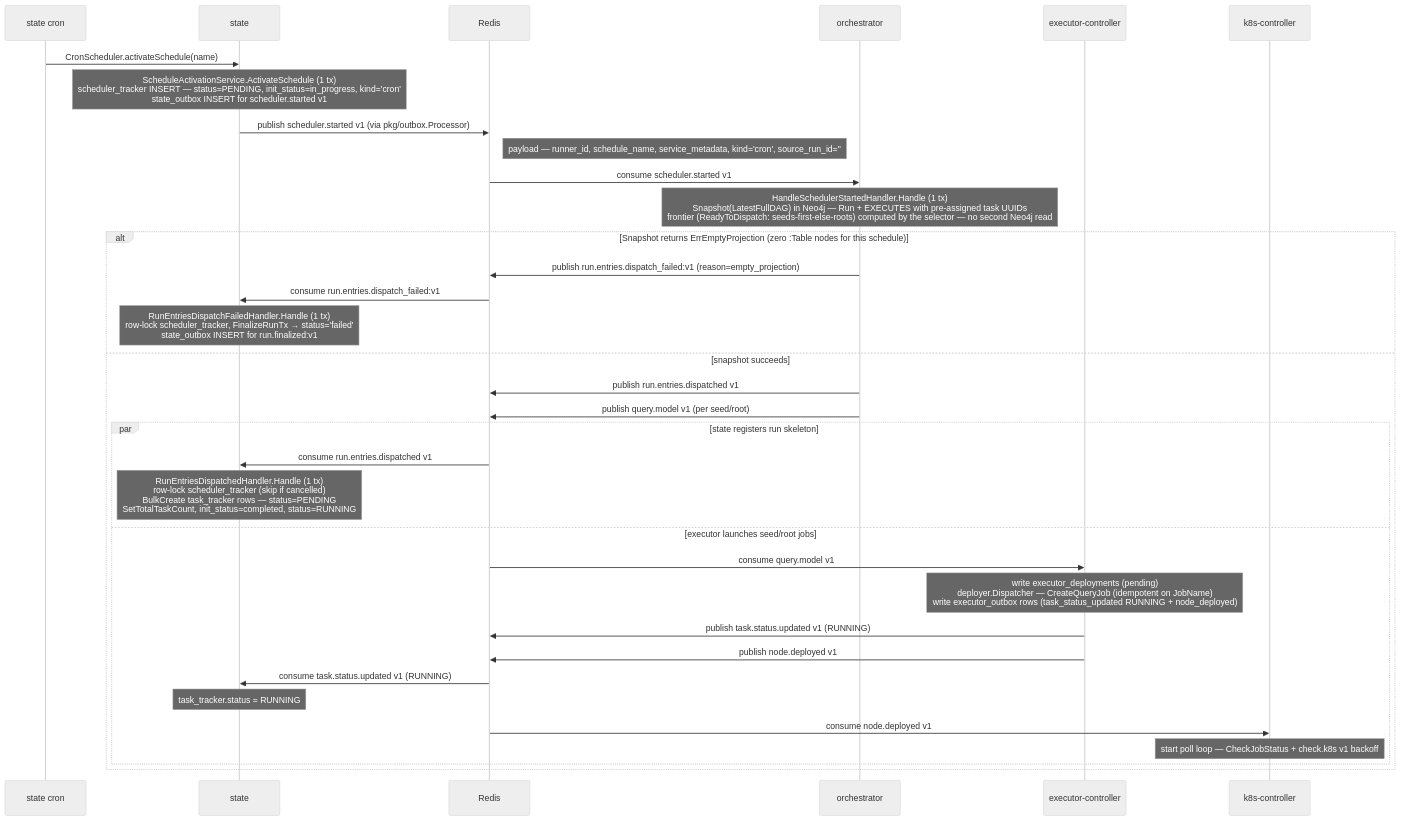
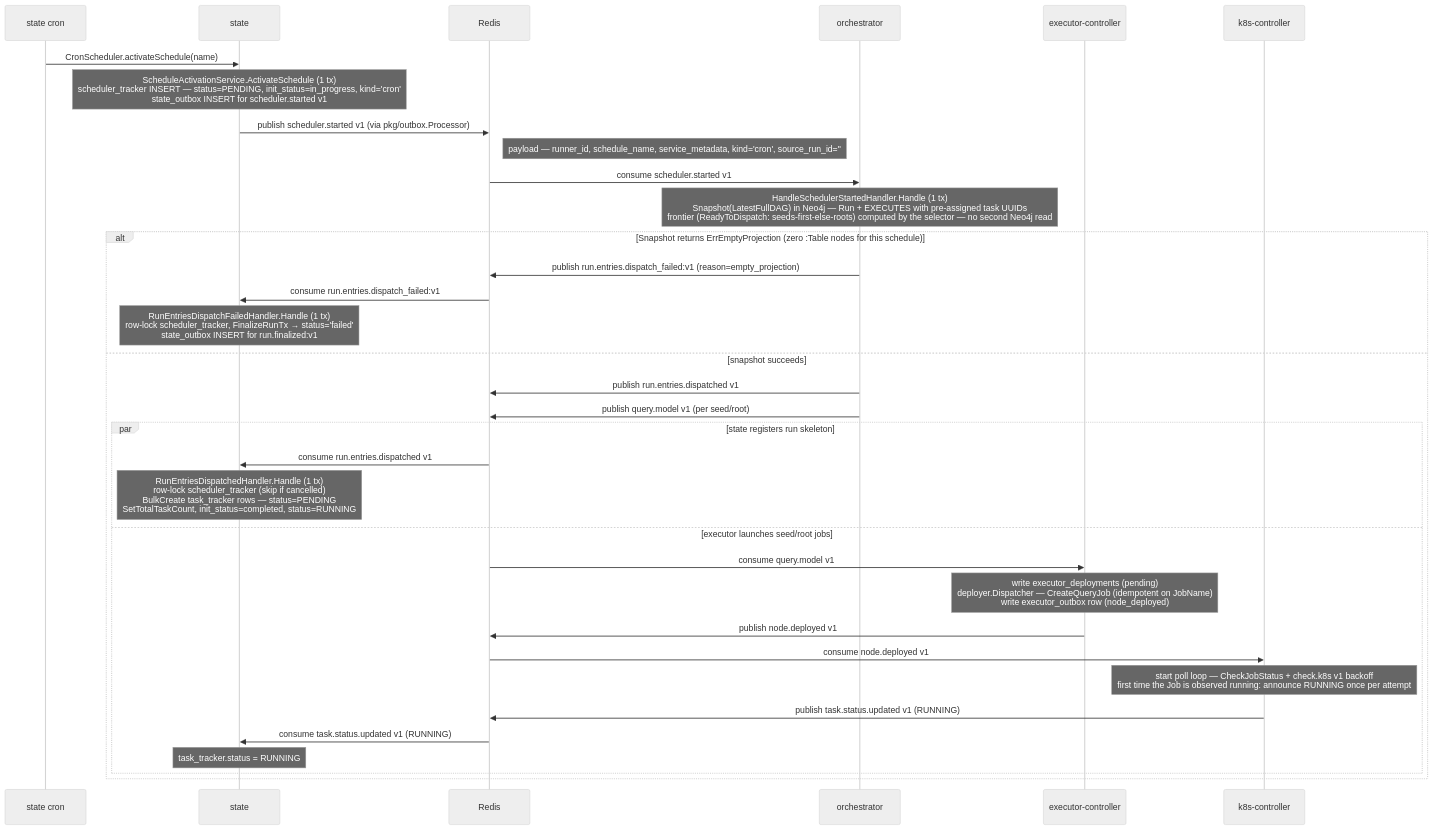
The first of 11 diagrams in docs/arch/03-sequence-flows.md (carolsimone/continuo), drawn with Mermaid (neutral theme) before and after one commit. The commit also changed other lines of this file and 17 other files, not shown here.

First line of the commit message:
Consolidate task-status pod lifecycle to a single producer (k8s-controller) (#177)

````diff
--- a/docs/arch/03-sequence-flows.md
+++ b/docs/arch/03-sequence-flows.md
@@ -5,39 +5,39 @@
 ```mermaid
 sequenceDiagram
   participant Cron as state cron
   participant ST as state
   participant R as Redis
   participant OR as orchestrator
   participant EC as executor-controller
   participant KC as k8s-controller
 
   Cron->>ST: CronScheduler.activateSchedule(name)
   Note over ST: ScheduleActivationService.ActivateSchedule (1 tx)<br/>scheduler_tracker INSERT — status=PENDING, init_status=in_progress, kind='cron'<br/>state_outbox INSERT for scheduler.started v1
   ST->>R: publish scheduler.started v1 (via pkg/outbox.Processor)
   Note right of R: payload — runner_id, schedule_name, service_metadata, kind='cron', source_run_id=''
 
   R->>OR: consume scheduler.started v1
   Note over OR: HandleSchedulerStartedHandler.Handle (1 tx)<br/>Snapshot(LatestFullDAG) in Neo4j — Run + EXECUTES with pre-assigned task UUIDs<br/>frontier (ReadyToDispatch: seeds-first-else-roots) computed by the selector — no second Neo4j read
   alt Snapshot returns ErrEmptyProjection (zero :Table nodes for this schedule)
     OR->>R: publish run.entries.dispatch_failed:v1 (reason=empty_projection)
     R->>ST: consume run.entries.dispatch_failed:v1
     Note over ST: RunEntriesDispatchFailedHandler.Handle (1 tx)<br/>row-lock scheduler_tracker, FinalizeRunTx → status='failed'<br/>state_outbox INSERT for run.finalized:v1
   else snapshot succeeds
     OR->>R: publish run.entries.dispatched v1
     OR->>R: publish query.model v1 (per seed/root)
 
     par state registers run skeleton
       R->>ST: consume run.entries.dispatched v1
       Note over ST: RunEntriesDispatchedHandler.Handle (1 tx)<br/>row-lock scheduler_tracker (skip if cancelled)<br/>BulkCreate task_tracker rows — status=PENDING<br/>SetTotalTaskCount, init_status=completed, status=RUNNING
     and executor launches seed/root jobs
       R->>EC: consume query.model v1
-      Note over EC: write executor_deployments (pending)<br/>deployer.Dispatcher — CreateQueryJob (idempotent on JobName)<br/>write executor_outbox rows (task_status_updated RUNNING + node_deployed)
-      EC->>R: publish task.status.updated v1 (RUNNING)
+      Note over EC: write executor_deployments (pending)<br/>deployer.Dispatcher — CreateQueryJob (idempotent on JobName)<br/>write executor_outbox row (node_deployed)
       EC->>R: publish node.deployed v1
+      R->>KC: consume node.deployed v1
+      Note over KC: start poll loop — CheckJobStatus + check.k8s v1 backoff<br/>first time the Job is observed running: announce RUNNING once per attempt
+      KC->>R: publish task.status.updated v1 (RUNNING)
       R->>ST: consume task.status.updated v1 (RUNNING)
       Note over ST: task_tracker.status = RUNNING
-      R->>KC: consume node.deployed v1
-      Note over KC: start poll loop — CheckJobStatus + check.k8s v1 backoff
     end
   end
 ```
````
